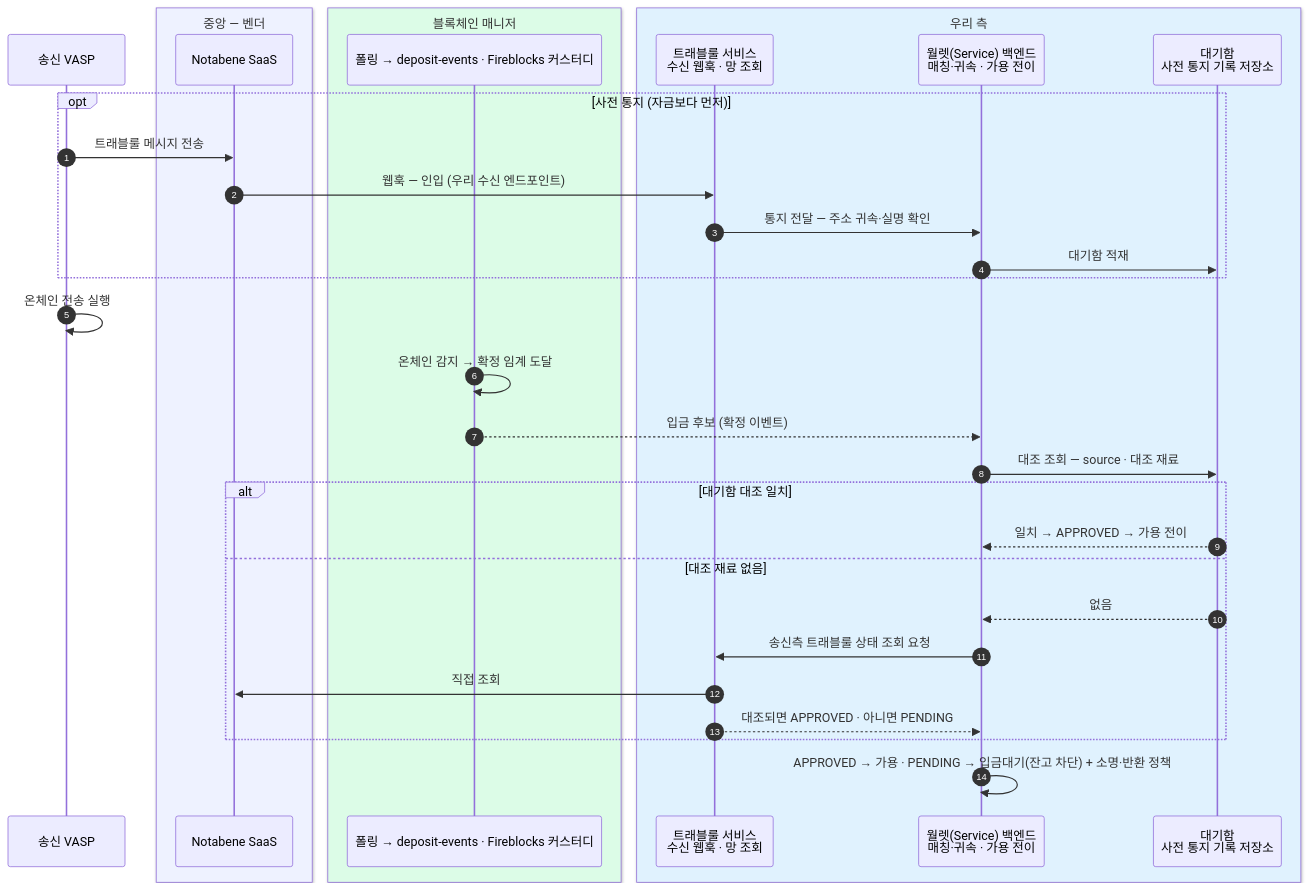
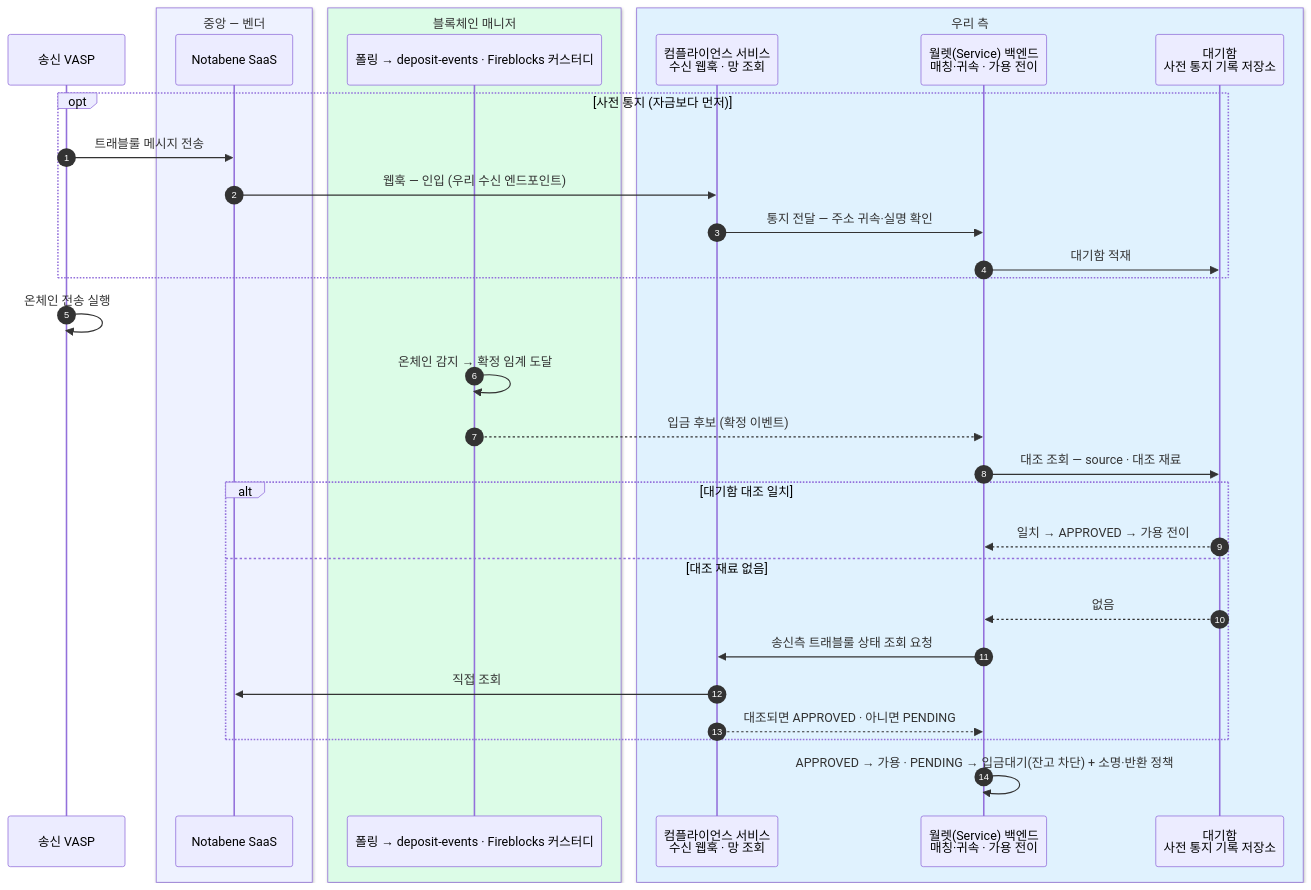
Before and after one commit to eunsujeo/eunpus: the seventh of 11 diagrams in blockchain-manager/docs/트래블룰/설계/07-scenarios.md, drawn with Mermaid. The commit also changed other lines of this file and 20 other files, not shown here.

Commit message:
컴플라이언스 서비스 문서 신설(범위·인터페이스·API 정본) + 트래블룰 문서 개명·validate/full 통일 + 문서 사이드바 메서드 배지

````diff
--- a/blockchain-manager/docs/트래블룰/설계/07-scenarios.md
+++ b/blockchain-manager/docs/트래블룰/설계/07-scenarios.md
@@ -313,36 +319,36 @@
 ```mermaid
 sequenceDiagram
     autonumber
     participant SV as 송신 VASP
     box rgb(238,242,255) 중앙 — 벤더
     participant NB as Notabene SaaS
     end
     box rgb(220,252,231) 블록체인 매니저
     participant BM as 폴링 → deposit-events · Fireblocks 커스터디
     end
     box rgb(224,242,254) 우리 측
-    participant GT as 트래블룰 서비스<br/>수신 웹훅 · 망 조회
+    participant GT as 컴플라이언스 서비스<br/>수신 웹훅 · 망 조회
     participant BE as 월렛(Service) 백엔드<br/>매칭·귀속 · 가용 전이
     participant WQ as 대기함<br/>사전 통지 기록 저장소
     end
 
     opt 사전 통지 (자금보다 먼저)
         SV->>NB: 트래블룰 메시지 전송
         NB->>GT: 웹훅 — 인입 (우리 수신 엔드포인트)
         GT->>BE: 통지 전달 — 주소 귀속·실명 확인
         BE->>WQ: 대기함 적재
     end
     SV->>SV: 온체인 전송 실행
     BM->>BM: 온체인 감지 → 확정 임계 도달
     BM-->>BE: 입금 후보 (확정 이벤트)
     BE->>WQ: 대조 조회 — source · 대조 재료
     alt 대기함 대조 일치
         WQ-->>BE: 일치 → APPROVED → 가용 전이
     else 대조 재료 없음
         WQ-->>BE: 없음
         BE->>GT: 송신측 트래블룰 상태 조회 요청
         GT->>NB: 직접 조회
         GT-->>BE: 대조되면 APPROVED · 아니면 PENDING
     end
     BE->>BE: APPROVED → 가용 · PENDING → 입금대기(잔고 차단) + 소명·반환 정책
 ```
````
